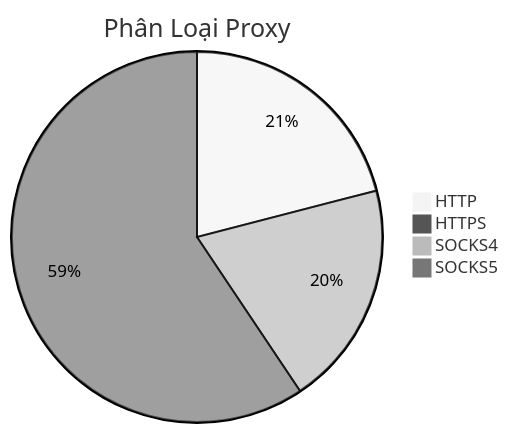
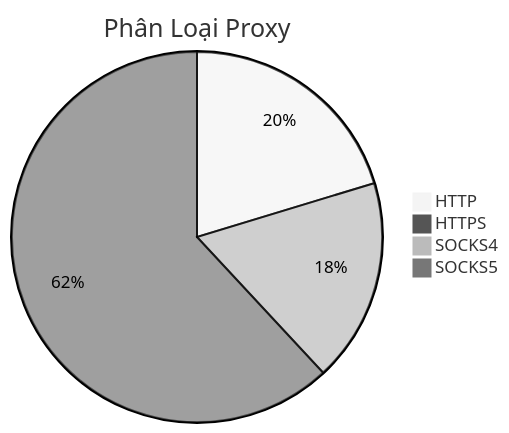
Before and after one commit to Ciara-12/PROXY-free: the diagram in README.md, drawn with Mermaid (neutral theme). The commit also changed other lines of this file and 4 other files, not shown here.

````diff
--- a/README.md
+++ b/README.md
@@ -26,7 +26,7 @@
 ```mermaid
 pie title Phân Loại Proxy
-    "HTTP" : 362
-    "HTTPS" : 0
-    "SOCKS4" : 339
-    "SOCKS5" : 1025
+    "HTTP" : 409
+    "HTTPS" : 2
+    "SOCKS4" : 358
+    "SOCKS5" : 1247
 ```
````
